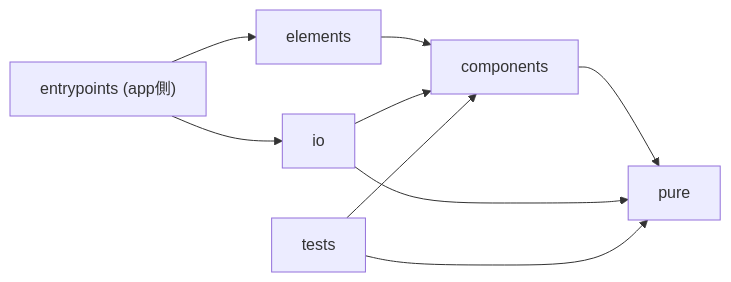
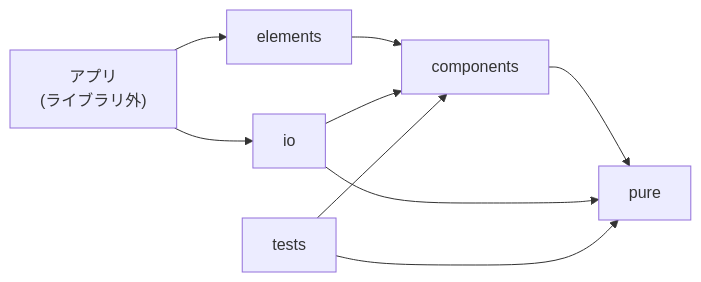
The diagram in docs/BIRDSEYE.md (kenshoen/nijiurachan-js), drawn with Mermaid before and after one commit. The commit also changed other lines of this file and 5 other files, not shown here.

````diff
--- a/docs/BIRDSEYE.md
+++ b/docs/BIRDSEYE.md
@@ -26,11 +17,11 @@
 ```mermaid
 flowchart LR
-    Entry["entrypoints (app側)"] --> Elements["elements"]
+    Entry["アプリ<br>(ライブラリ外)"] --> Elements["elements"]
     Entry --> IO["io"]
     Elements --> Components["components"]
     IO --> Components
     Components --> Pure["pure"]
     IO --> Pure
     Tests["tests"] --> Components
     Tests --> Pure
 ```
````
